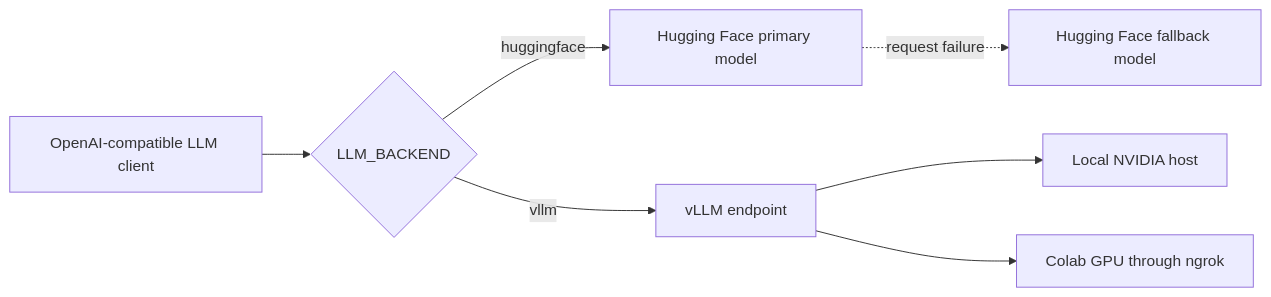
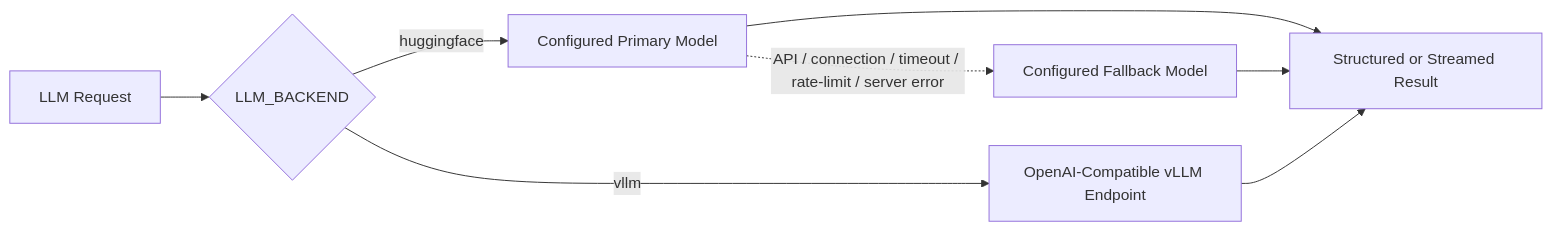
One commit to ManishJoc14/Fusemachines changed the eighth of 9 diagrams in week15-engineering-ai-systems/task1-ai-assistant-backend/docs/architecture.md. Above: the diagram before and after it, drawn with Mermaid. The commit also changed other lines of this file and 1 other file, not shown here.

````diff
--- a/week15-engineering-ai-systems/task1-ai-assistant-backend/docs/architecture.md
+++ b/week15-engineering-ai-systems/task1-ai-assistant-backend/docs/architecture.md
@@ -97,11 +271,10 @@
 ```mermaid
 flowchart LR
-    Client["OpenAI-compatible LLM client"] --> Choice{"LLM_BACKEND"}
-
-    Choice -->|"huggingface"| Primary["Hugging Face primary model"]
-    Primary -. "request failure" .-> Fallback["Hugging Face fallback model"]
-
-    Choice -->|"vllm"| VLLM["vLLM endpoint"]
-    VLLM --> LocalGPU["Local NVIDIA host"]
-    VLLM --> Tunnel["Colab GPU through ngrok"]
+    Request["LLM Request"] --> Backend{"LLM_BACKEND"}
+    Backend -->|"huggingface"| Primary["Configured Primary Model"]
+    Primary -. "API / connection / timeout / rate-limit / server error" .-> Fallback["Configured Fallback Model"]
+    Backend -->|"vllm"| Local["OpenAI-Compatible vLLM Endpoint"]
+    Primary --> Answer["Structured or Streamed Result"]
+    Fallback --> Answer
+    Local --> Answer
 ```
````
